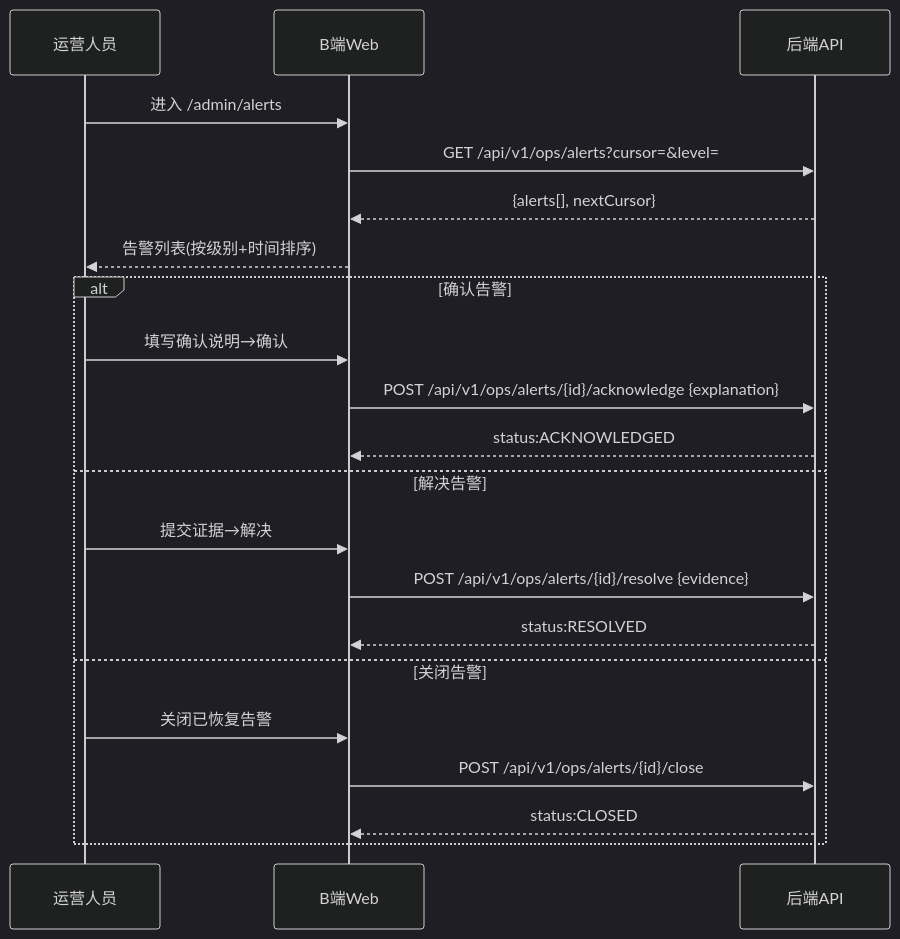
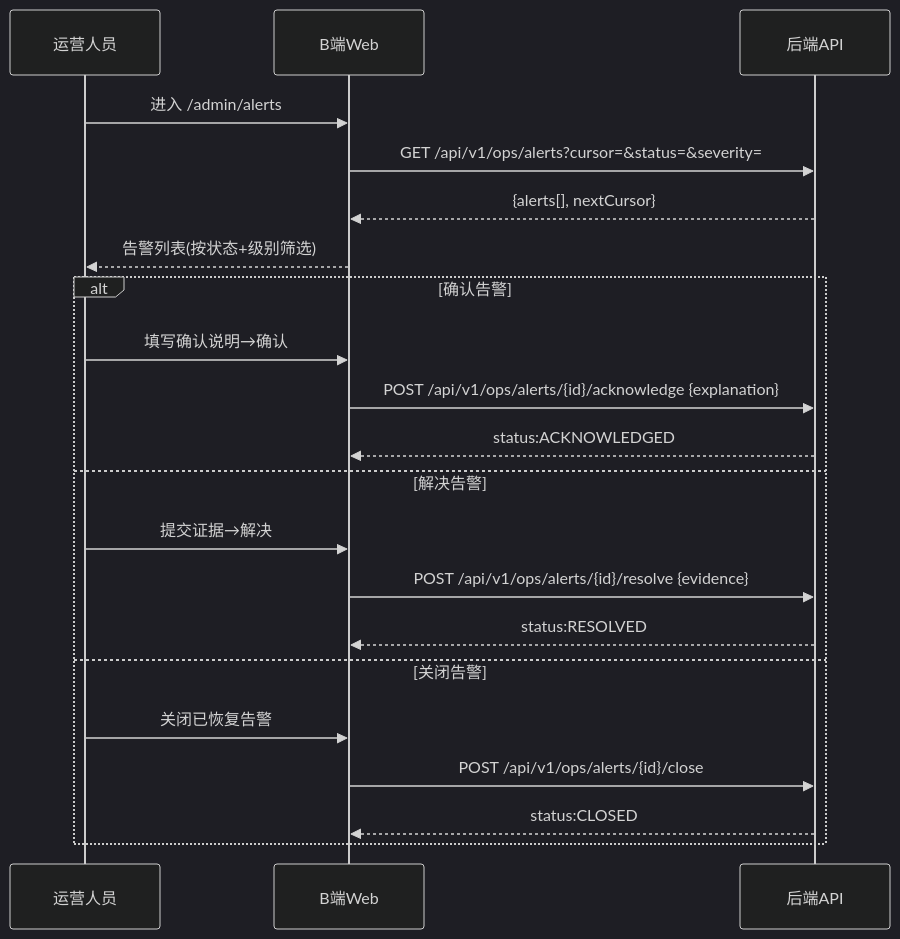
Diagram 26 of 36 in docs/minialalipay/miniaialipay -frontend-system-analysis.md (JN6565/MiniAlalipay), drawn with Mermaid (dark theme) before and after one commit. The commit also changed other lines of this file and 12 other files, not shown here.

````diff
--- a/docs/minialalipay/miniaialipay -frontend-system-analysis.md
+++ b/docs/minialalipay/miniaialipay -frontend-system-analysis.md
@@ -1716,23 +1716,23 @@
 ```mermaid
 sequenceDiagram
     participant O as 运营人员
     participant Web as B端Web
     participant API as 后端API
     O->>Web: 进入 /admin/alerts
-    Web->>API: GET /api/v1/ops/alerts?cursor=&level=
+    Web->>API: GET /api/v1/ops/alerts?cursor=&status=&severity=
     API-->>Web: {alerts[], nextCursor}
-    Web-->>O: 告警列表(按级别+时间排序)
+    Web-->>O: 告警列表(按状态+级别筛选)
     alt 确认告警
         O->>Web: 填写确认说明→确认
         Web->>API: POST /api/v1/ops/alerts/{id}/acknowledge {explanation}
         API-->>Web: status:ACKNOWLEDGED
     else 解决告警
         O->>Web: 提交证据→解决
         Web->>API: POST /api/v1/ops/alerts/{id}/resolve {evidence}
         API-->>Web: status:RESOLVED
     else 关闭告警
         O->>Web: 关闭已恢复告警
         Web->>API: POST /api/v1/ops/alerts/{id}/close
         API-->>Web: status:CLOSED
     end
 ```
````
